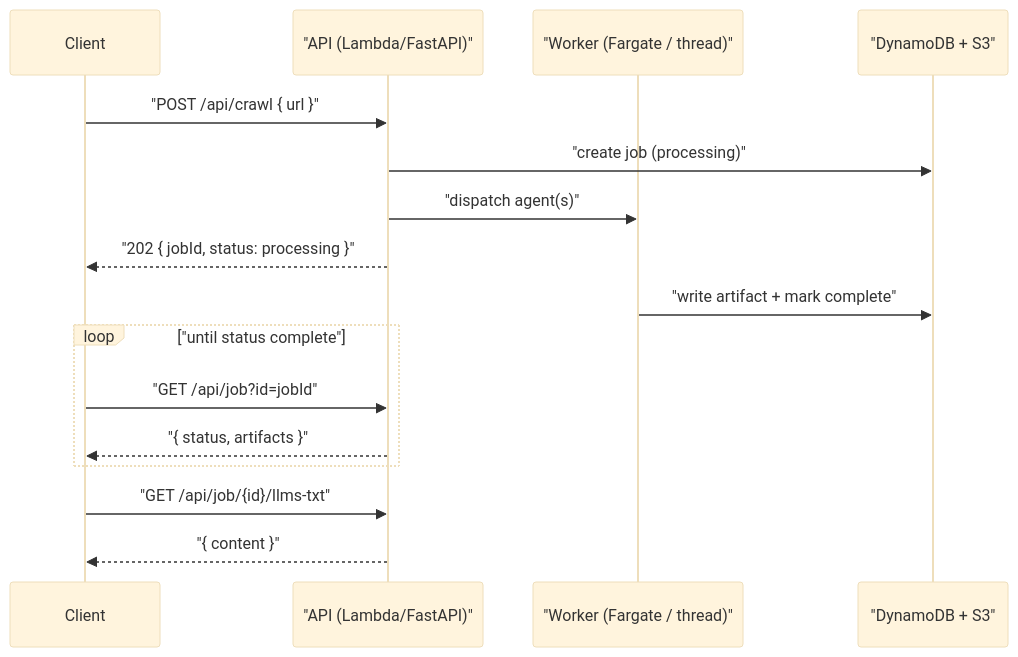
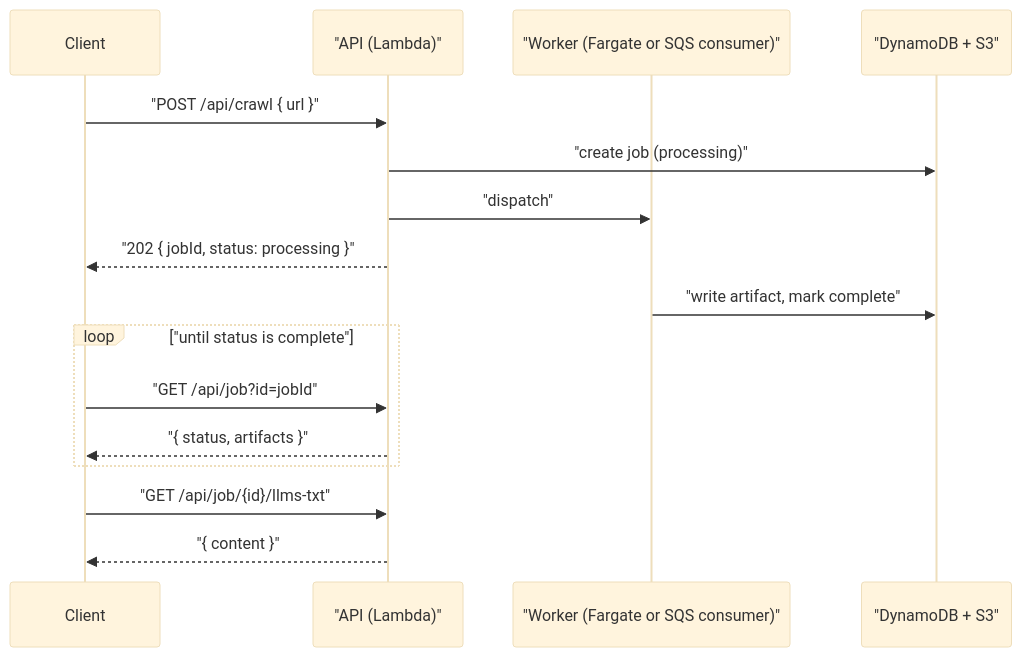
The third of 3 diagrams in README.md (ejaimez14/llms-txt), drawn with Mermaid (base theme) before and after one commit. The commit also changed other lines of this file, not shown here.

Commit message:
Rewrite README for clarity: split architecture into focused diagrams, fix async model, document new features

````diff
--- a/README.md
+++ b/README.md
@@ -77,19 +57,19 @@
 ```mermaid
 sequenceDiagram
   participant Client
-  participant API as "API (Lambda/FastAPI)"
-  participant Worker as "Worker (Fargate / thread)"
+  participant API as "API (Lambda)"
+  participant Worker as "Worker (Fargate or SQS consumer)"
   participant Store as "DynamoDB + S3"
 
   Client->>API: "POST /api/crawl { url }"
   API->>Store: "create job (processing)"
-  API->>Worker: "dispatch agent(s)"
+  API->>Worker: "dispatch"
   API-->>Client: "202 { jobId, status: processing }"
-  Worker->>Store: "write artifact + mark complete"
-  loop "until status complete"
+  Worker->>Store: "write artifact, mark complete"
+  loop "until status is complete"
     Client->>API: "GET /api/job?id=jobId"
     API-->>Client: "{ status, artifacts }"
   end
   Client->>API: "GET /api/job/{id}/llms-txt"
   API-->>Client: "{ content }"
 ```
````
